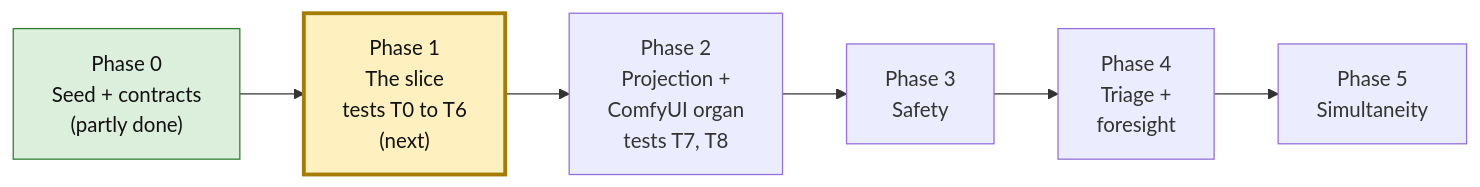
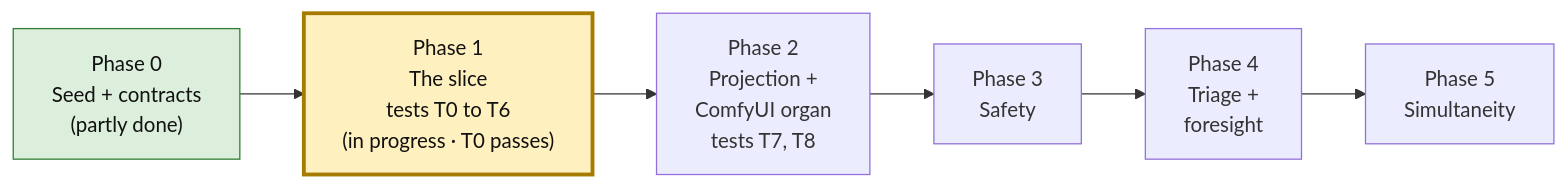
Before and after one commit to JosephOIbrahim/Plexus: the first of 6 diagrams in docs/plexus/DIAGRAMS.md, drawn with Mermaid. The commit also changed other lines of this file and 2 other files, not shown here.

````diff
--- a/docs/plexus/DIAGRAMS.md
+++ b/docs/plexus/DIAGRAMS.md
@@ -24,12 +24,12 @@
 ```mermaid
 flowchart LR
     P0["Phase 0<br/>Seed + contracts<br/>(partly done)"]:::partial
-    P1["Phase 1<br/>The slice<br/>tests T0 to T6<br/>(next)"]:::next
+    P1["Phase 1<br/>The slice<br/>tests T0 to T6<br/>(in progress · T0 passes)"]:::next
     P2["Phase 2<br/>Projection +<br/>ComfyUI organ<br/>tests T7, T8"]
     P3["Phase 3<br/>Safety"]
     P4["Phase 4<br/>Triage +<br/>foresight"]
     P5["Phase 5<br/>Simultaneity"]
     P0 --> P1 --> P2 --> P3 --> P4 --> P5
     classDef partial fill:#dcefdc,stroke:#2e7d32,color:#111
     classDef next fill:#fff1bf,stroke:#a67c00,stroke-width:3px,color:#111
 ```
````
